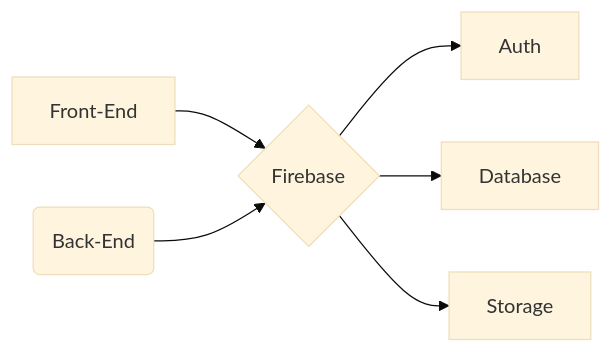
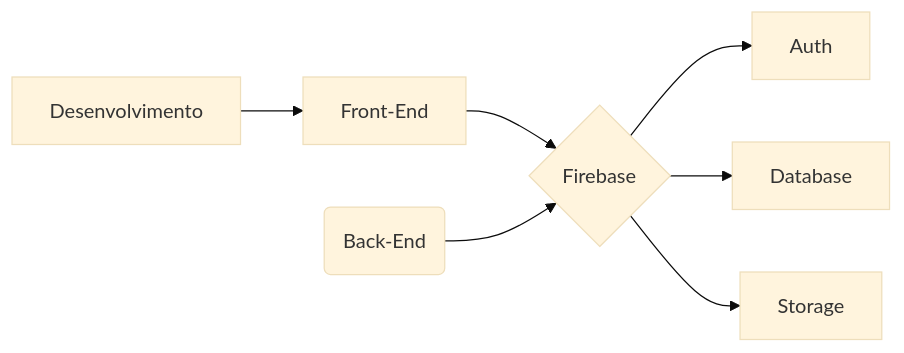
Before and after one commit to SauloCandeira/pattern-firebase: the diagram in readme.md, drawn with Mermaid (base theme).

````diff
--- a/readme.md
+++ b/readme.md
@@ -10,8 +10,9 @@
 ```mermaid
 flowchart LR
+Z[Desenvolvimento] --> A[Front-End]
 A[Front-End] --> C{Firebase}
 B(Back-End) --> C{Firebase}
 C --> D[Auth]
 C --> E[Database]
 C --> F[Storage]
 ```
````
